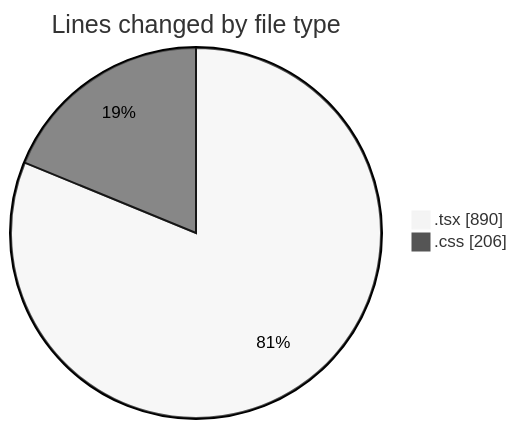
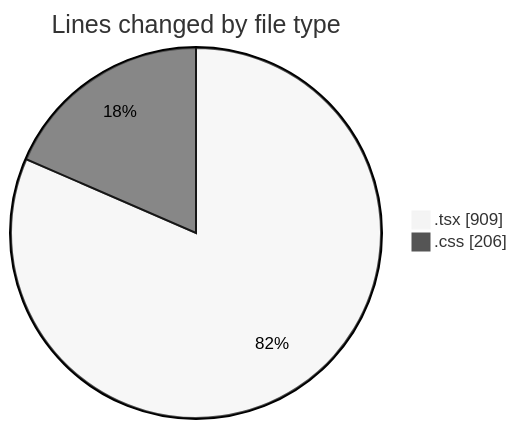
The first of 2 diagrams in 2025-02-07/portofolio/README.md (donsfak/code-tracking), drawn with Mermaid (neutral theme) before and after one commit. The commit also changed other lines of this file and 1 other file, not shown here.

````diff
--- a/2025-02-07/portofolio/README.md
+++ b/2025-02-07/portofolio/README.md
@@ -21,6 +21,6 @@
 ```mermaid
 pie showData
 title Lines changed by file type
-".tsx" : 890
+".tsx" : 909
 ".css" : 206
 ```
````
